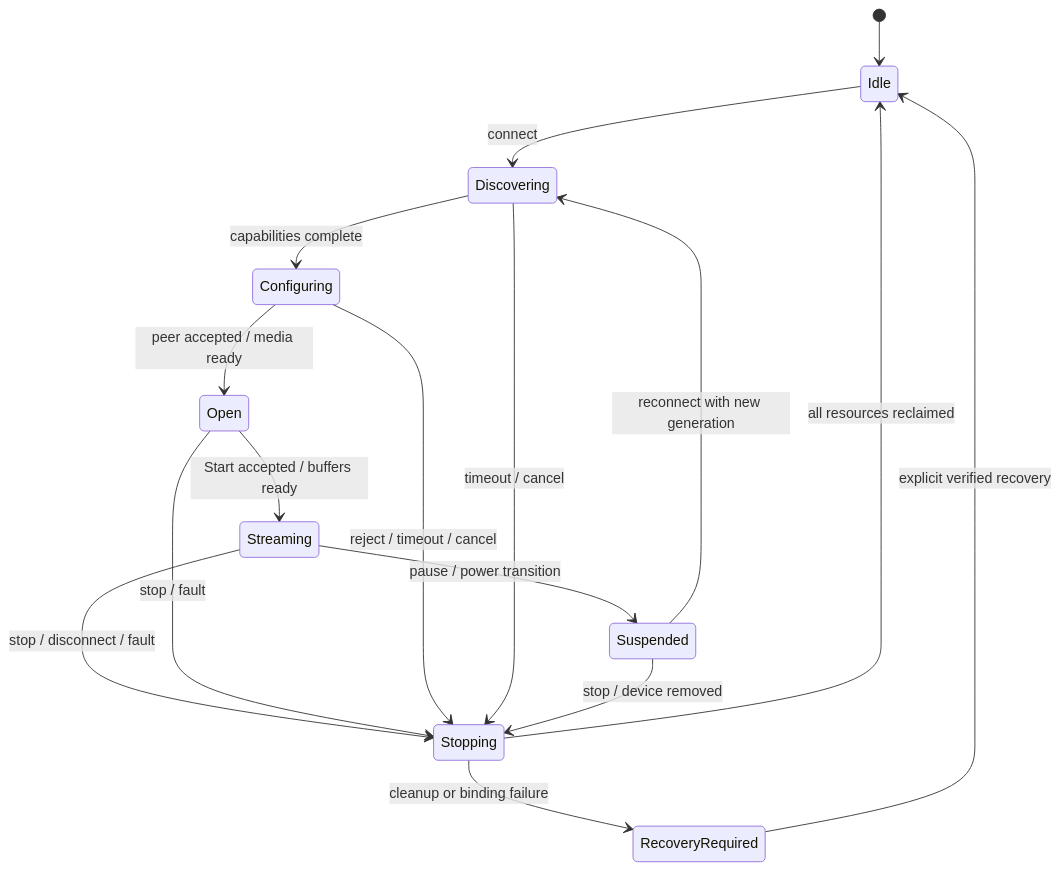
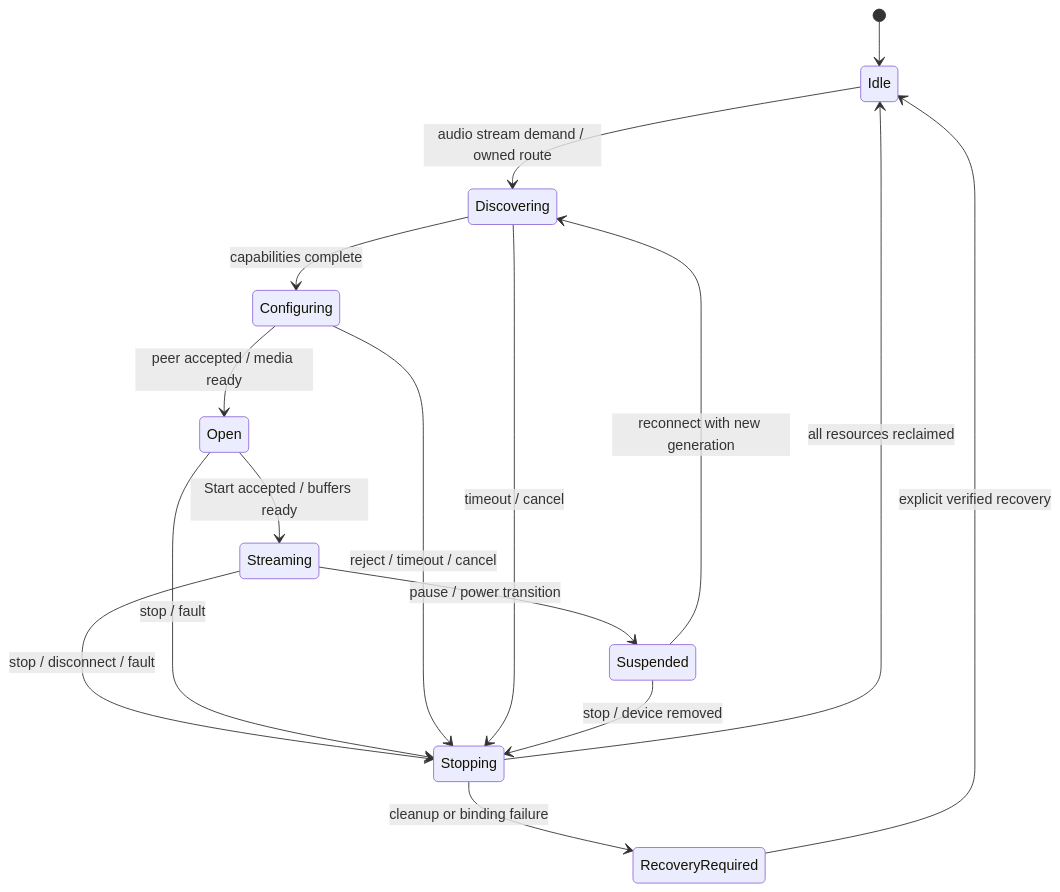
Before and after one commit to dydtjr1128/A2DP-for-Windows: the diagram in docs/interfaces.md, drawn with Mermaid. The commit also changed other lines of this file and 15 other files, not shown here.

````diff
--- a/docs/interfaces.md
+++ b/docs/interfaces.md
@@ -33,18 +33,18 @@
 ```mermaid
 stateDiagram-v2
     [*] --> Idle
-    Idle --> Discovering: connect
+    Idle --> Discovering: audio stream demand / owned route
     Discovering --> Configuring: capabilities complete
     Configuring --> Open: peer accepted / media ready
     Open --> Streaming: Start accepted / buffers ready
     Streaming --> Suspended: pause / power transition
     Suspended --> Discovering: reconnect with new generation
     Streaming --> Stopping: stop / disconnect / fault
     Open --> Stopping: stop / fault
     Configuring --> Stopping: reject / timeout / cancel
     Discovering --> Stopping: timeout / cancel
     Suspended --> Stopping: stop / device removed
     Stopping --> Idle: all resources reclaimed
     Stopping --> RecoveryRequired: cleanup or binding failure
     RecoveryRequired --> Idle: explicit verified recovery
 ```
````
